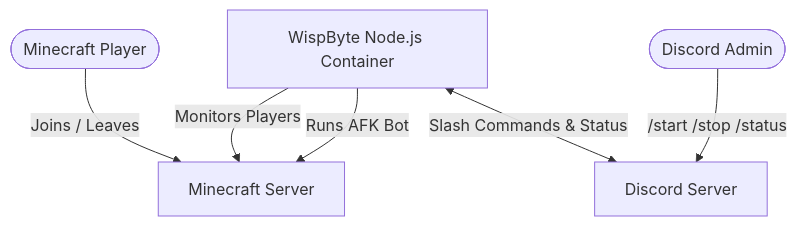
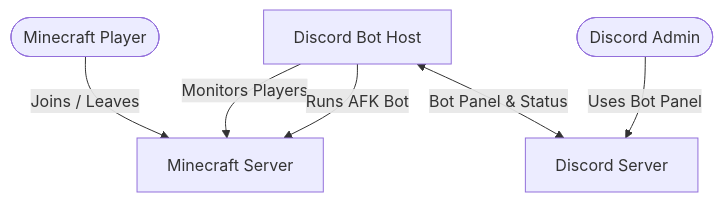
One commit to SynthX-Multi/DiscoMine changed the diagram in Setup.md. Above: the diagram before and after it, drawn with Mermaid. The commit also changed other lines of this file, not shown here.

````diff
--- a/Setup.md
+++ b/Setup.md
@@ -11,8 +14,8 @@
 ```mermaid
 graph TD
     User([Minecraft Player]) -->|Joins / Leaves| Server[Minecraft Server]
-    Wisp[WispByte Node.js Container] -->|Monitors Players| Server
-    Wisp -->|Runs AFK Bot| Server
-    Wisp <-->|Slash Commands & Status| Discord[Discord Server]
-    Admin([Discord Admin]) -->|/start /stop /status| Discord
+    Host[Discord Bot Host] -->|Monitors Players| Server
+    Host -->|Runs AFK Bot| Server
+    Host <-->|Bot Panel & Status| Discord[Discord Server]
+    Admin([Discord Admin]) -->|Uses Bot Panel| Discord
 ```
````
